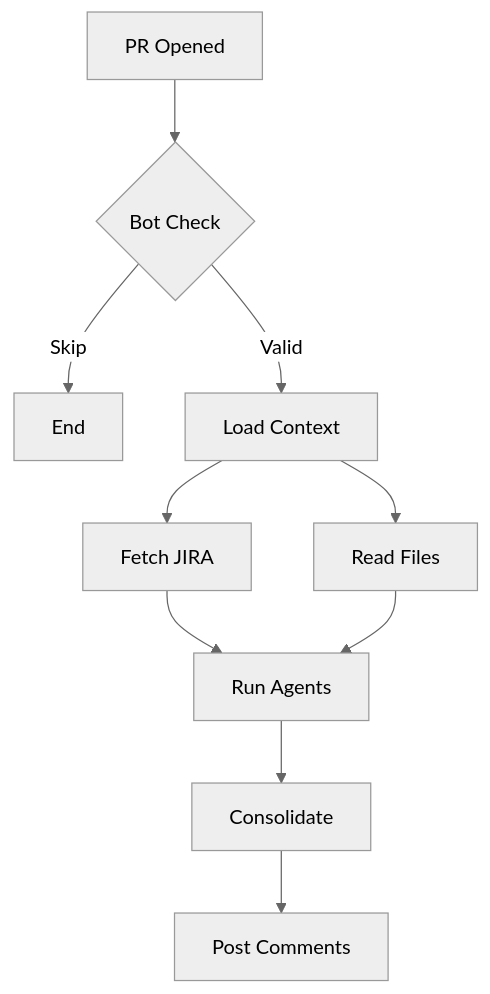
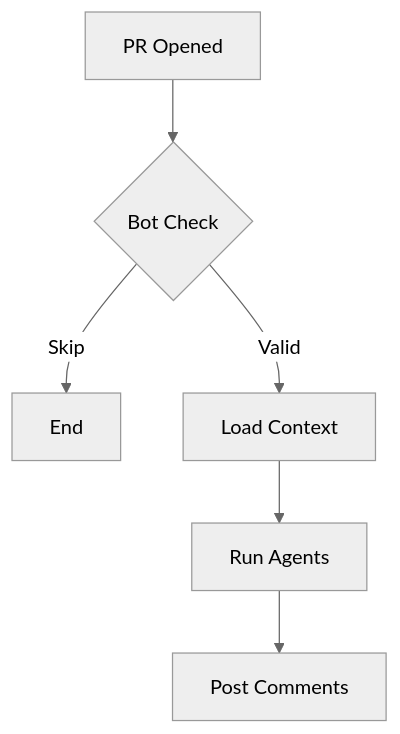
One commit to vaibhavkumar-sf/ai-pr-review-action changed the first of 2 diagrams in prompts/system/mermaid-diagrams.md. Above: the diagram before and after it, drawn with Mermaid (neutral theme). The commit also changed other lines of this file and 5 other files, not shown here.

First line of the commit message:
feat(diagrams): styled + simple mermaid twins in one AI call, parse-gated fallback (#27)

````diff
--- a/prompts/system/mermaid-diagrams.md
+++ b/prompts/system/mermaid-diagrams.md
@@ -13,12 +37,8 @@
 ```mermaid
 flowchart TD
     A["PR Opened"] --> B{"Bot Check"}
     B -->|"Skip"| C["End"]
     B -->|"Valid"| D["Load Context"]
-    D --> E["Fetch JIRA"]
-    D --> F["Read Files"]
-    E --> G["Run Agents"]
-    F --> G
-    G --> H["Consolidate"]
-    H --> I["Post Comments"]
+    D --> E["Run Agents"]
+    E --> F["Post Comments"]
 ```
````
